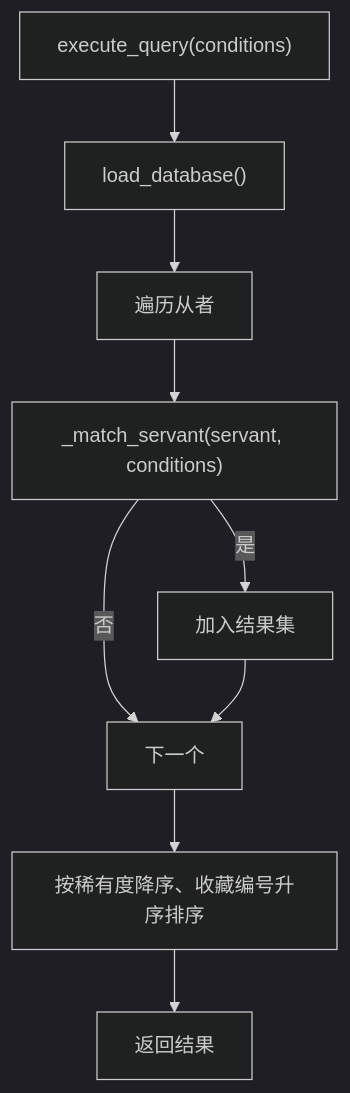
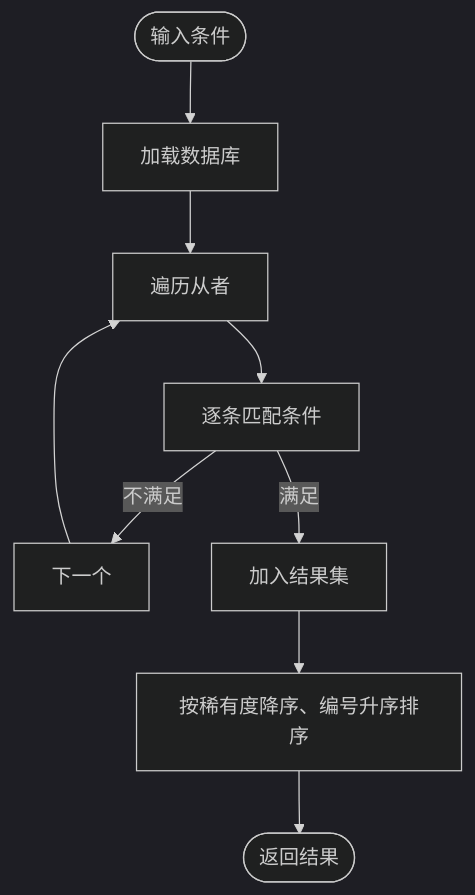
One commit to kanoha222/Laplace changed the fourth of 6 diagrams in .qoder/repowiki/zh/content/系统架构/系统架构.md. Above: the diagram before and after it, drawn with Mermaid (dark theme). The commit also changed other lines of this file and 54 other files, not shown here.

````diff
--- a/.qoder/repowiki/zh/content/系统架构/系统架构.md
+++ b/.qoder/repowiki/zh/content/系统架构/系统架构.md
@@ -326,11 +202,11 @@
 ```mermaid
 flowchart TD
-QStart["execute_query(conditions)"] --> LoadDB["load_database()"]
-LoadDB --> Loop["遍历从者"]
-Loop --> Match["_match_servant(servant, conditions)"]
-Match --> |否| Next["下一个"]
-Match --> |是| Add["加入结果集"]
-Add --> Next
-Next --> Sort["按稀有度降序、收藏编号升序排序"]
-Sort --> QEnd["返回结果"]
+In(["输入条件"]) --> LoadDB["加载数据库"]
+LoadDB --> Iterate["遍历从者"]
+Iterate --> Match["逐条匹配条件"]
+Match --> |不满足| Next["下一个"]
+Match --> |满足| Collect["加入结果集"]
+Next --> Iterate
+Collect --> Sort["按稀有度降序、编号升序排序"]
+Sort --> Out(["返回结果"])
 ```
````
